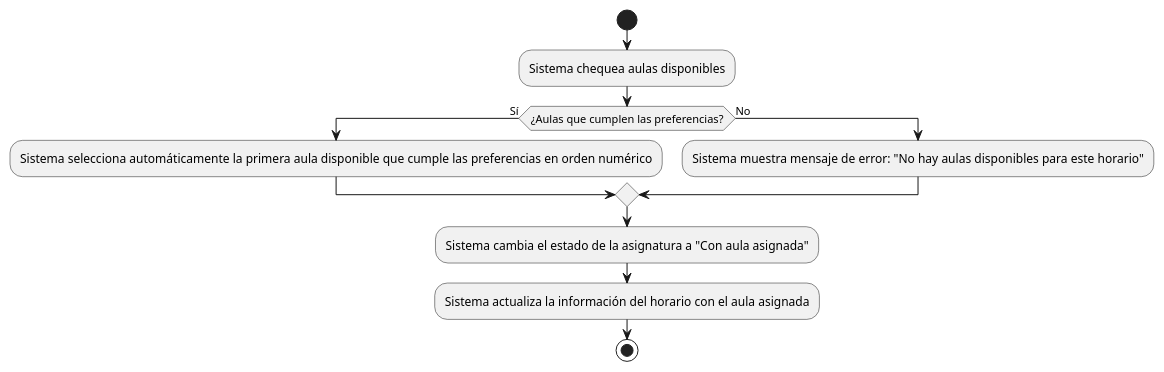
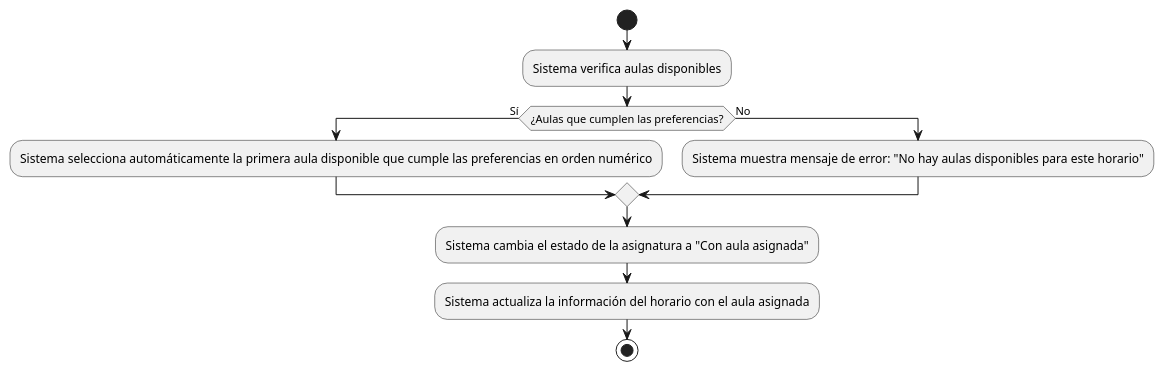
Before and after one commit to mmasias/24-25-IdSw1-SDR: the diagram in casosDeUso/plantUML/SeleccionarAulaAutomaticamente.puml, drawn with PlantUML. The commit also changed 3 other files, not shown here.

```diff
--- a/casosDeUso/plantUML/SeleccionarAulaAutomaticamente.puml
+++ b/casosDeUso/plantUML/SeleccionarAulaAutomaticamente.puml
@@ -1,12 +1,12 @@
 @startuml
 start
-:Sistema chequea aulas disponibles;
+:Sistema verifica aulas disponibles;
   if (¿Aulas que cumplen las preferencias?) then (Sí)
     :Sistema selecciona automáticamente la primera aula disponible que cumple las preferencias en orden numérico;
   else (No)
     :Sistema muestra mensaje de error: "No hay aulas disponibles para este horario";
   endif
 :Sistema cambia el estado de la asignatura a "Con aula asignada";
 :Sistema actualiza la información del horario con el aula asignada;
 stop
 @enduml
```
